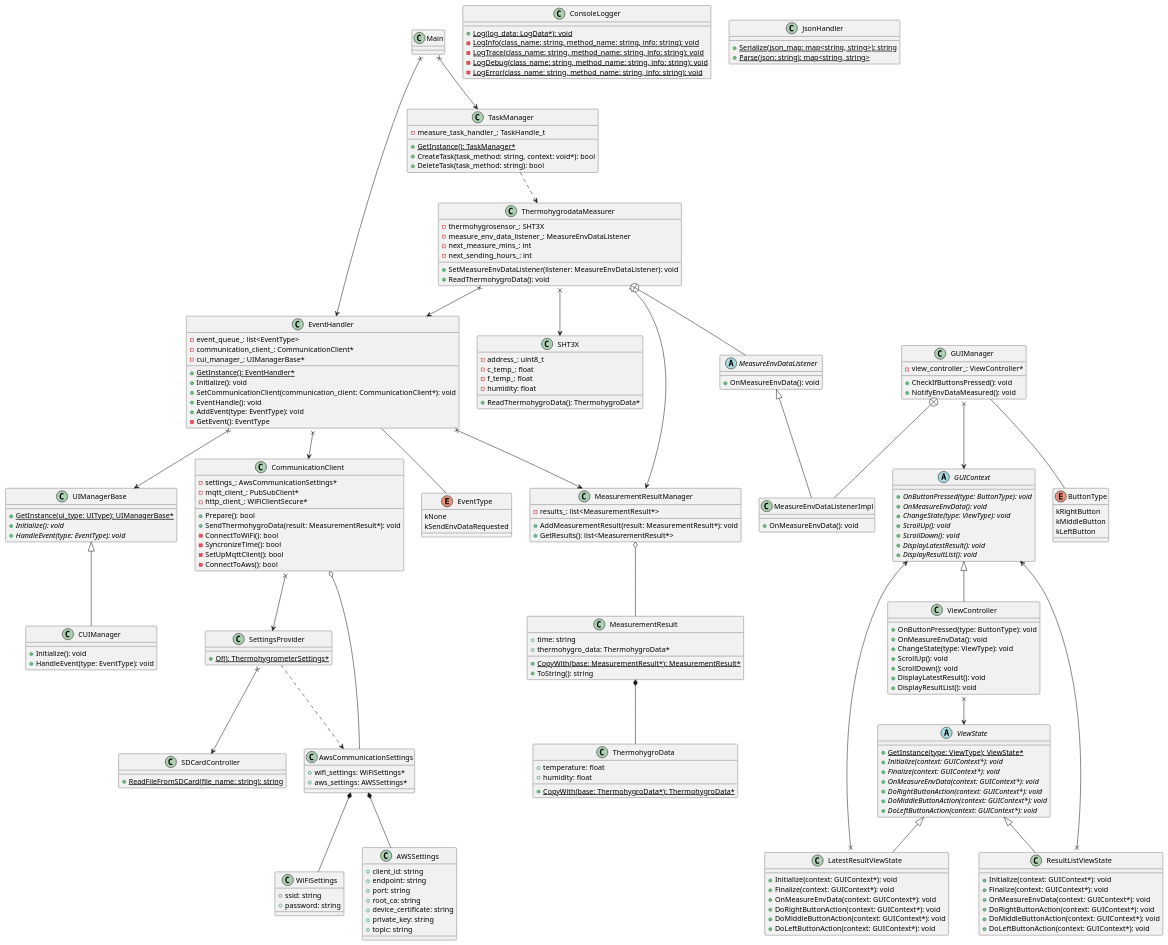
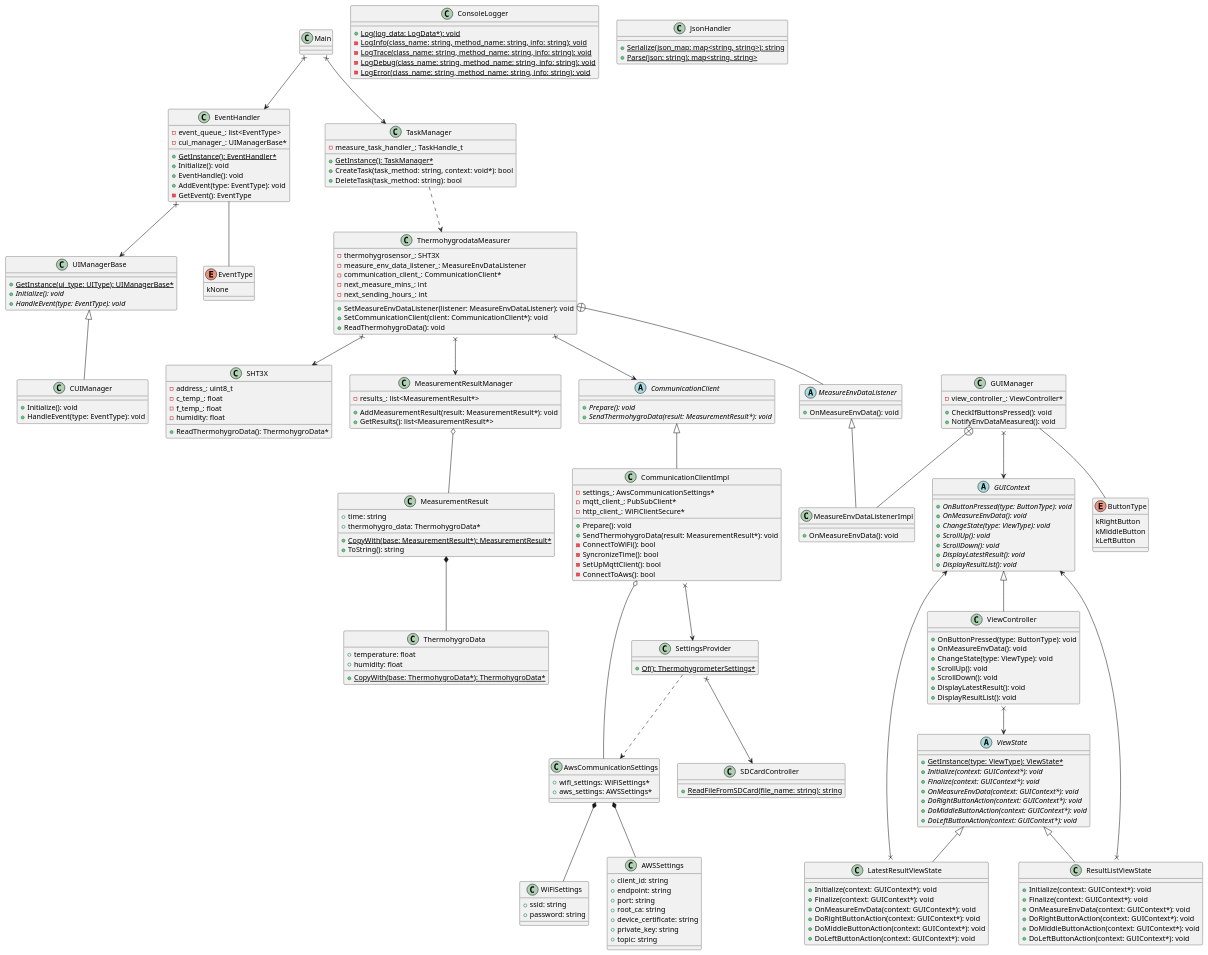
The diagram in DesignDocs/M5StackThermohygrometer/class_diagram.pu (chukeblo/thermohygrometer), drawn with PlantUML before and after one commit.

Commit message:
modify communication client class

```diff
--- a/DesignDocs/M5StackThermohygrometer/class_diagram.pu
+++ b/DesignDocs/M5StackThermohygrometer/class_diagram.pu
@@ -5,12 +5,10 @@
 
 class EventHandler {
     - event_queue_: list<EventType>
-    - communication_client_: CommunicationClient*
     - cui_manager_: UIManagerBase*
 
     + {static} GetInstance(): EventHandler*
     + Initialize(): void
-    + SetCommunicationClient(communication_client: CommunicationClient*): void
     + EventHandle(): void
     + AddEvent(type: EventType): void
     - GetEvent(): EventType
@@ -18,20 +16,22 @@
 
 enum EventType {
     kNone
-    kSendEnvDataRequested
 }
 
 EventHandler -- EventType
 EventHandler x--> UIManagerBase
-EventHandler x--> CommunicationClient
-EventHandler x--> MeasurementResultManager
 
-class CommunicationClient {
+abstract class CommunicationClient {
+    + {abstract} Prepare(): void
+    + {abstract} SendThermohygroData(result: MeasurementResult*): void
+}
+
+class CommunicationClientImpl {
     - settings_: AwsCommunicationSettings*
     - mqtt_client_: PubSubClient*
     - http_client_: WiFiClientSecure*
 
-    + Prepare(): bool
+    + Prepare(): void
     + SendThermohygroData(result: MeasurementResult*): void
     - ConnectToWiFi(): bool
     - SyncronizeTime(): bool
@@ -39,8 +39,9 @@
     - ConnectToAws(): bool
 }
 
-CommunicationClient o-- AwsCommunicationSettings
-CommunicationClient x--> SettingsProvider
+CommunicationClient <|-- CommunicationClientImpl
+CommunicationClientImpl o-- AwsCommunicationSettings
+CommunicationClientImpl x--> SettingsProvider
 
 class SettingsProvider {
     + {static} Of(): ThermohygrometerSettings*
@@ -196,17 +197,19 @@
 class ThermohygrodataMeasurer {
     - thermohygrosensor_: SHT3X
     - measure_env_data_listener_: MeasureEnvDataListener
+    - communication_client_: CommunicationClient*
     - next_measure_mins_: int
     - next_sending_hours_: int
 
     + SetMeasureEnvDataListener(listener: MeasureEnvDataListener): void
+    + SetCommunicationClient(client: CommunicationClient*): void
     + ReadThermohygroData(): void
 }
 
 ThermohygrodataMeasurer x--> SHT3X
 ThermohygrodataMeasurer x--> MeasurementResultManager
-ThermohygrodataMeasurer x--> EventHandler
 ThermohygrodataMeasurer +-- MeasureEnvDataListener
+ThermohygrodataMeasurer x--> CommunicationClient
 
 abstract class MeasureEnvDataListener {
     + OnMeasureEnvData(): void
```
